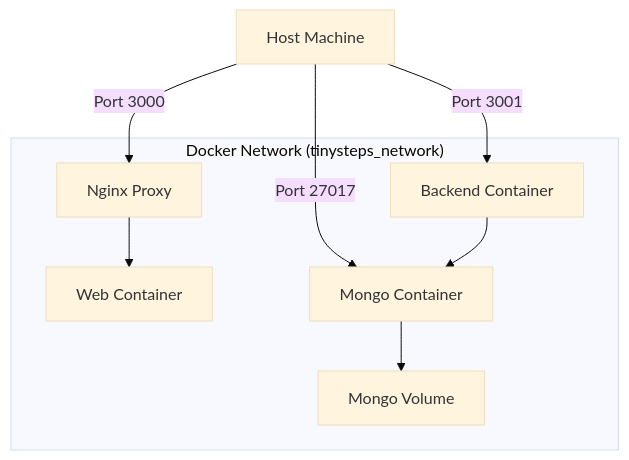
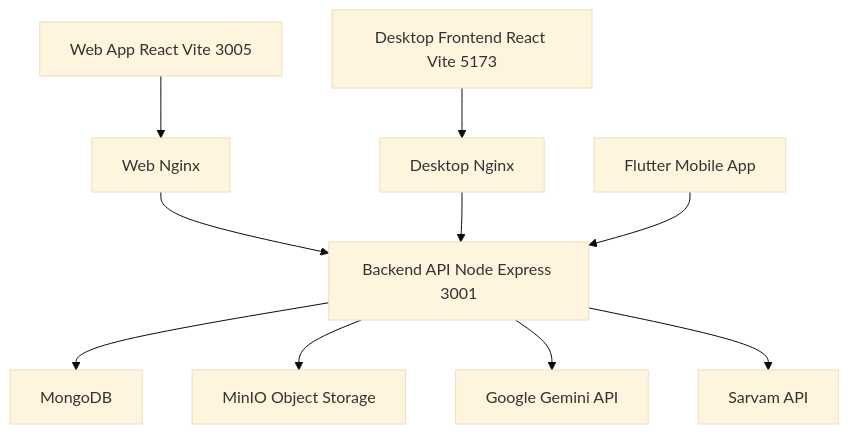
One commit to shashanksaxena-tz/BabyGo- changed the first of 3 diagrams in docs/ARCHITECTURE.md. Above: the diagram before and after it, drawn with Mermaid (base theme). The commit also changed other lines of this file and 9 other files, not shown here.

````diff
--- a/docs/ARCHITECTURE.md
+++ b/docs/ARCHITECTURE.md
@@ -69,19 +33,22 @@
 ```mermaid
-graph TD
-    Host[Host Machine]
-    subgraph "Docker Network (tinysteps_network)"
-        Proxy[Nginx Proxy]
-        API[Backend Container]
-        Web[Web Container]
-        Mongo[Mongo Container]
-        Vol[Mongo Volume]
-    end
-    
-    Host -- Port 3000 --> Proxy
-    Host -- Port 3001 --> API
-    Host -- Port 27017 --> Mongo
-    
-    Proxy --> Web
-    API --> Mongo
-    Mongo --> Vol
+graph TB
+    WEB[Web App React Vite 3005]
+    DESKTOP[Desktop Frontend React Vite 5173]
+    MOBILE[Flutter Mobile App]
+    WEB_NGINX[Web Nginx]
+    DESKTOP_NGINX[Desktop Nginx]
+    API[Backend API Node Express 3001]
+    MONGO[MongoDB]
+    MINIO[MinIO Object Storage]
+    GEMINI[Google Gemini API]
+    SARVAM[Sarvam API]
+    WEB --> WEB_NGINX
+    DESKTOP --> DESKTOP_NGINX
+    WEB_NGINX --> API
+    DESKTOP_NGINX --> API
+    MOBILE --> API
+    API --> MONGO
+    API --> MINIO
+    API --> GEMINI
+    API --> SARVAM
 ```
````
